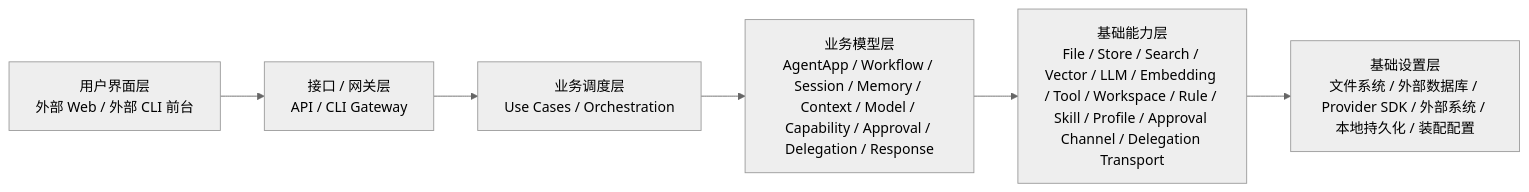
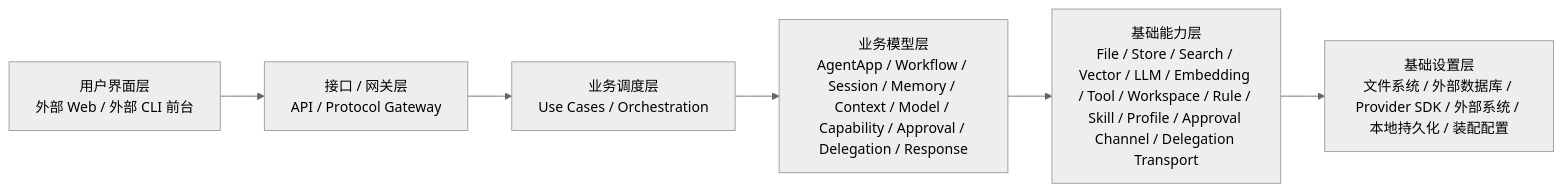
Before and after one commit to uroborus2s/shanforge: the first of 2 diagrams in docs/04-project-development/04-design/system-architecture.md, drawn with Mermaid (neutral theme). The commit also changed other lines of this file and 479 other files, not shown here.

````diff
--- a/docs/04-project-development/04-design/system-architecture.md
+++ b/docs/04-project-development/04-design/system-architecture.md
@@ -21,8 +21,8 @@
 ```mermaid
 flowchart LR
-    UI["用户界面层<br/>外部 Web / 外部 CLI 前台"] --> GW["接口 / 网关层<br/>API / CLI Gateway"]
+    UI["用户界面层<br/>外部 Web / 外部 CLI 前台"] --> GW["接口 / 网关层<br/>API / Protocol Gateway"]
     GW --> APP["业务调度层<br/>Use Cases / Orchestration"]
     APP --> DOMAIN["业务模型层<br/>AgentApp / Workflow / Session / Memory / Context / Model / Capability / Approval / Delegation / Response"]
     DOMAIN --> RUNTIME["基础能力层<br/>File / Store / Search / Vector / LLM / Embedding / Tool / Workspace / Rule / Skill / Profile / Approval Channel / Delegation Transport"]
     RUNTIME --> SETTING["基础设置层<br/>文件系统 / 外部数据库 / Provider SDK / 外部系统 / 本地持久化 / 装配配置"]
 ```
````
